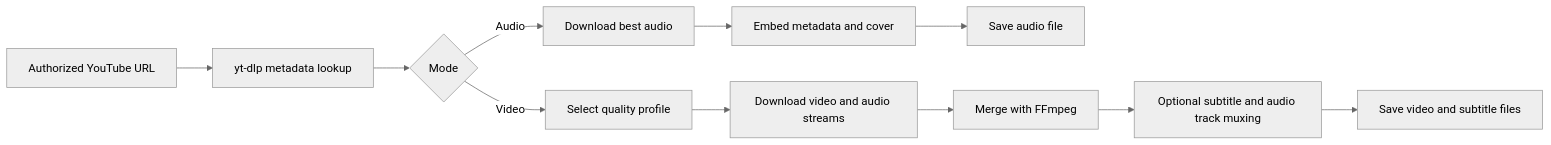
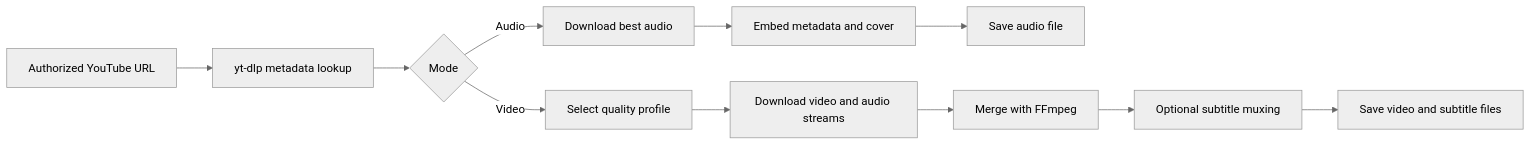
Before and after one commit to hojin-v/YTET: the first of 2 diagrams in README.md, drawn with Mermaid (neutral theme). The commit also changed other lines of this file and 4 other files, not shown here.

````diff
--- a/README.md
+++ b/README.md
@@ -121,13 +117,13 @@
 ```mermaid
 flowchart LR
     A[Authorized YouTube URL] --> B[yt-dlp metadata lookup]
     B --> C{Mode}
     C -->|Audio| D[Download best audio]
     D --> E[Embed metadata and cover]
     E --> F[Save audio file]
     C -->|Video| G[Select quality profile]
     G --> H[Download video and audio streams]
     H --> I[Merge with FFmpeg]
-    I --> J[Optional subtitle and audio track muxing]
+    I --> J[Optional subtitle muxing]
     J --> K[Save video and subtitle files]
 ```
````
